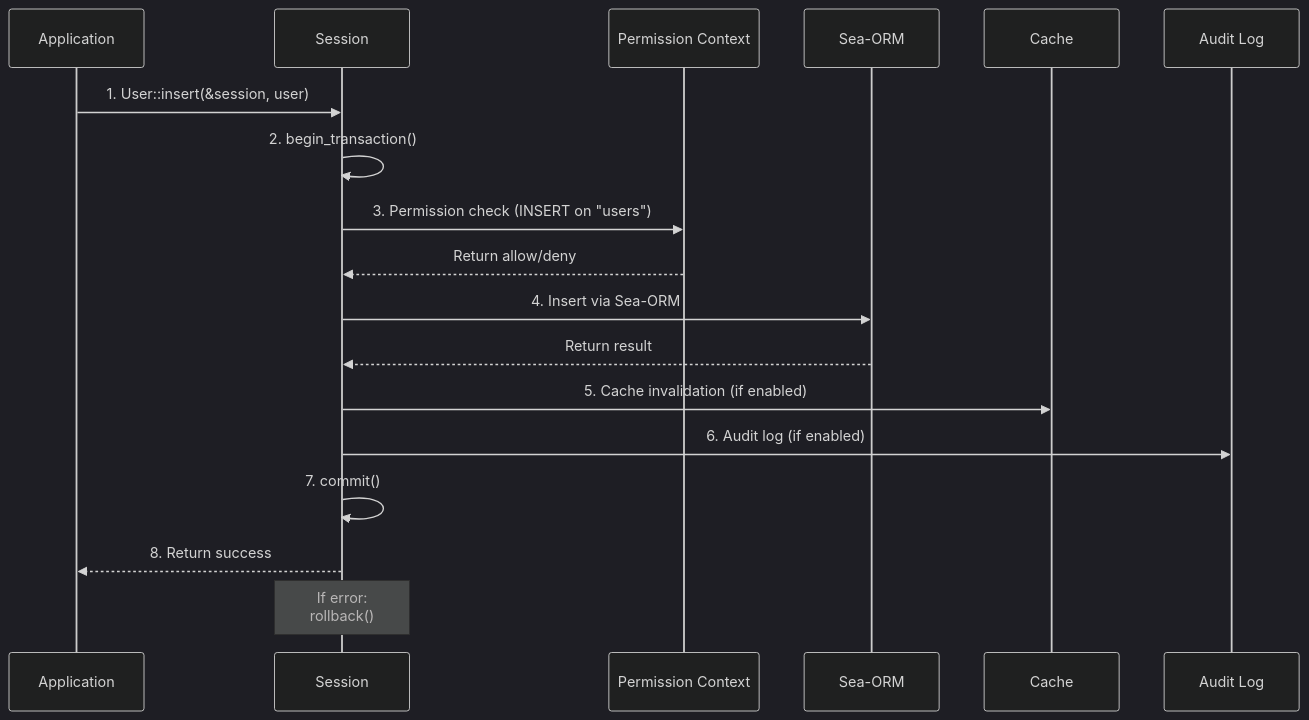
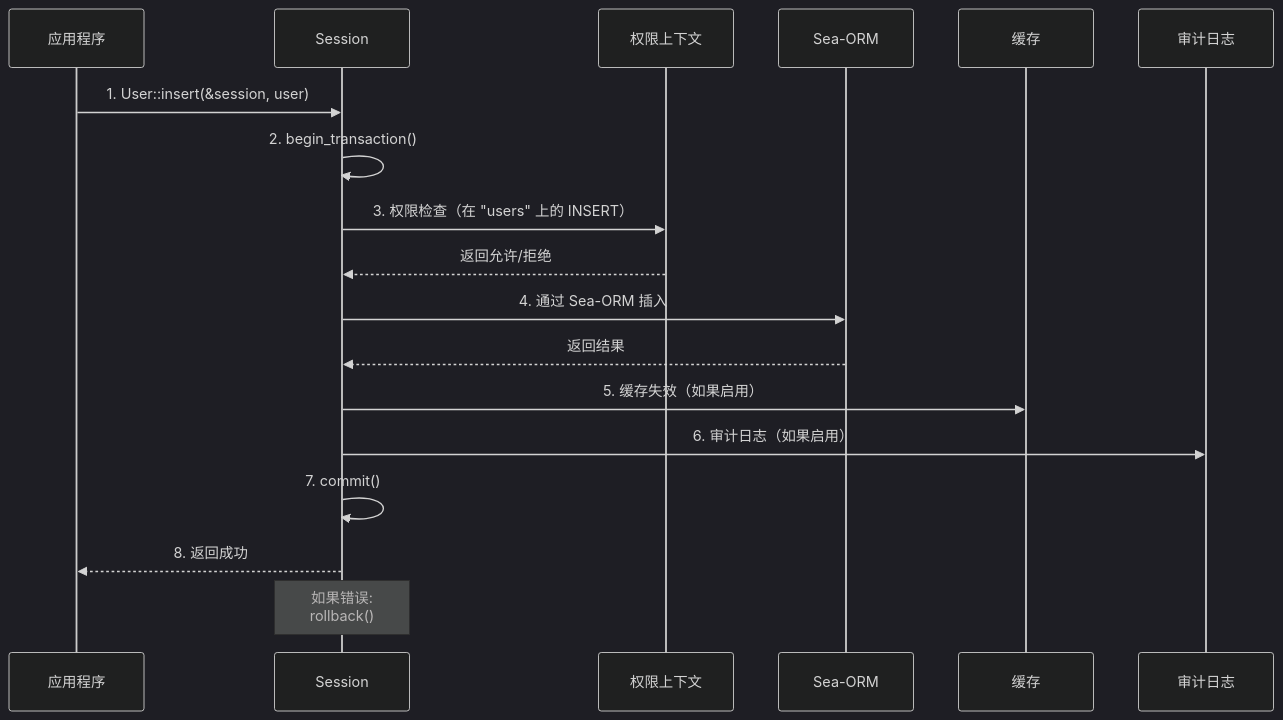
One commit to Kirky-X/dbnexus changed the tenth of 15 diagrams in docs/ARCHITECTURE.md. Above: the diagram before and after it, drawn with Mermaid (dark theme). The commit also changed other lines of this file and 2 other files, not shown here.

````diff
--- a/docs/ARCHITECTURE.md
+++ b/docs/ARCHITECTURE.md
@@ -673,26 +673,26 @@
 ```mermaid
 sequenceDiagram
-    participant App as Application
+    participant App as 应用程序
     participant Session as Session
-    participant PermCtx as Permission Context
+    participant PermCtx as 权限上下文
     participant SeaORM as Sea-ORM
-    participant Cache as Cache
-    participant Audit as Audit Log
+    participant Cache as 缓存
+    participant Audit as 审计日志
 
     App->>Session: 1. User::insert(&session, user)
     Session->>Session: 2. begin_transaction()
 
-    Session->>PermCtx: 3. Permission check (INSERT on "users")
-    PermCtx-->>Session: Return allow/deny
+    Session->>PermCtx: 3. 权限检查（在 "users" 上的 INSERT）
+    PermCtx-->>Session: 返回允许/拒绝
 
-    Session->>SeaORM: 4. Insert via Sea-ORM
-    SeaORM-->>Session: Return result
+    Session->>SeaORM: 4. 通过 Sea-ORM 插入
+    SeaORM-->>Session: 返回结果
 
-    Session->>Cache: 5. Cache invalidation (if enabled)
-    Session->>Audit: 6. Audit log (if enabled)
+    Session->>Cache: 5. 缓存失效（如果启用）
+    Session->>Audit: 6. 审计日志（如果启用）
 
     Session->>Session: 7. commit()
-    Session-->>App: 8. Return success
+    Session-->>App: 8. 返回成功
 
-    Note over Session: If error:<br/>rollback()
+    Note over Session: 如果错误:<br/>rollback()
 ```
````
